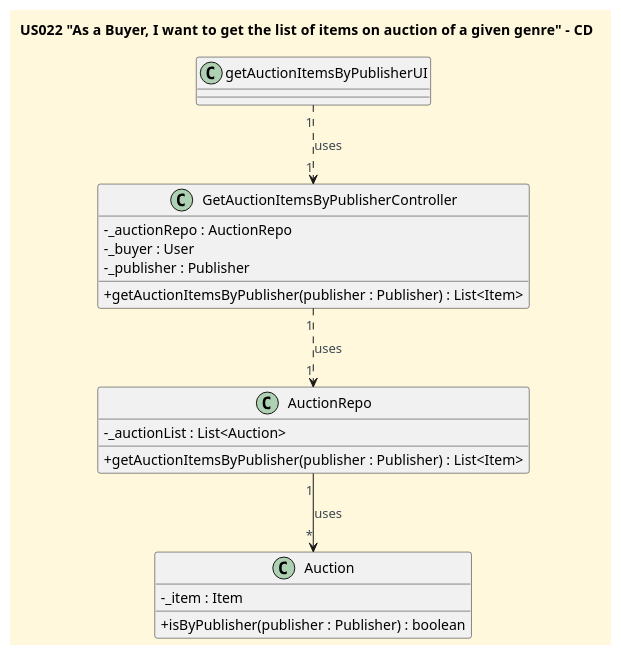
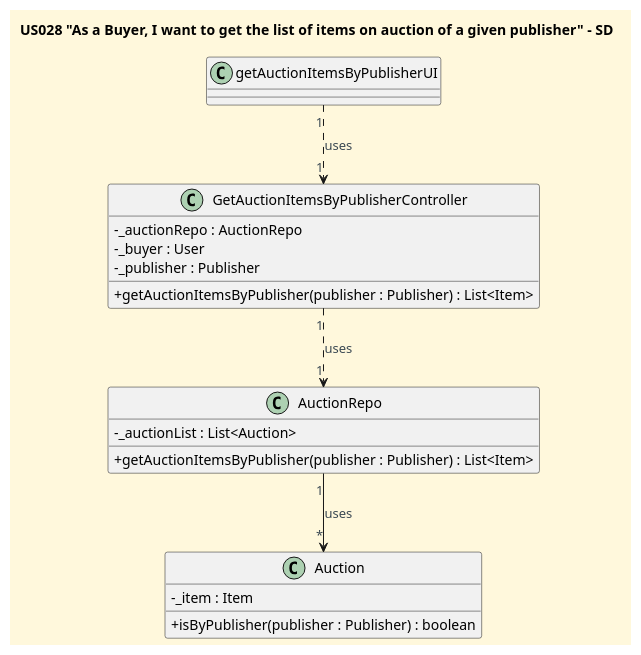
Before and after one commit to CarolinaLeite-collab/JavaMarketplacePlatform: the diagram in docs/userStories/US028/US028_get_list_of_items_on_auction_of_given_publisher_CD.puml, drawn with PlantUML.

Commit message:
Resolves #208: Fixed US028 class diagram title

```diff
--- a/docs/userStories/US028/US028_get_list_of_items_on_auction_of_given_publisher_CD.puml
+++ b/docs/userStories/US028/US028_get_list_of_items_on_auction_of_given_publisher_CD.puml
@@ -1,43 +1,43 @@
 @startuml
 'https://plantuml.com/class-diagram
 
-title US022 "As a Buyer, I want to get the list of items on auction of a given genre"  - CD
+title US028 "As a Buyer, I want to get the list of items on auction of a given publisher" - SD
 
 
 '==== basic style ====
 skinparam monochrome false
 skinparam shadowing false
 skinparam defaultFontName Futura
 skinparam objectFontSize 20
 skinparam backgroundColor CornSilk
 skinparam objectBackgroundColor WhiteSmoke
 skinparam noteBackgroundColor #FFFFE0
 skinparam ArrowFontColor #3B4953
 skinparam ActivationBackgroundColor black
 skinparam classAttributeIconSize 0
 
 class getAuctionItemsByPublisherUI{}
 
 class GetAuctionItemsByPublisherController {
 -_auctionRepo : AuctionRepo
 -_buyer : User
 -_publisher : Publisher
 +getAuctionItemsByPublisher(publisher : Publisher) : List<Item>
 }
 
 class AuctionRepo {
 -_auctionList : List<Auction>
 +getAuctionItemsByPublisher(publisher : Publisher) : List<Item>
 }
 
 class Auction {
 -_item : Item
 +isByPublisher(publisher : Publisher) : boolean
 }
 
 getAuctionItemsByPublisherUI "1"..>"1" GetAuctionItemsByPublisherController:uses
 GetAuctionItemsByPublisherController "1"..> "1"AuctionRepo : uses
 AuctionRepo "1" --> "*"Auction: uses
 
 
 @enduml
```
